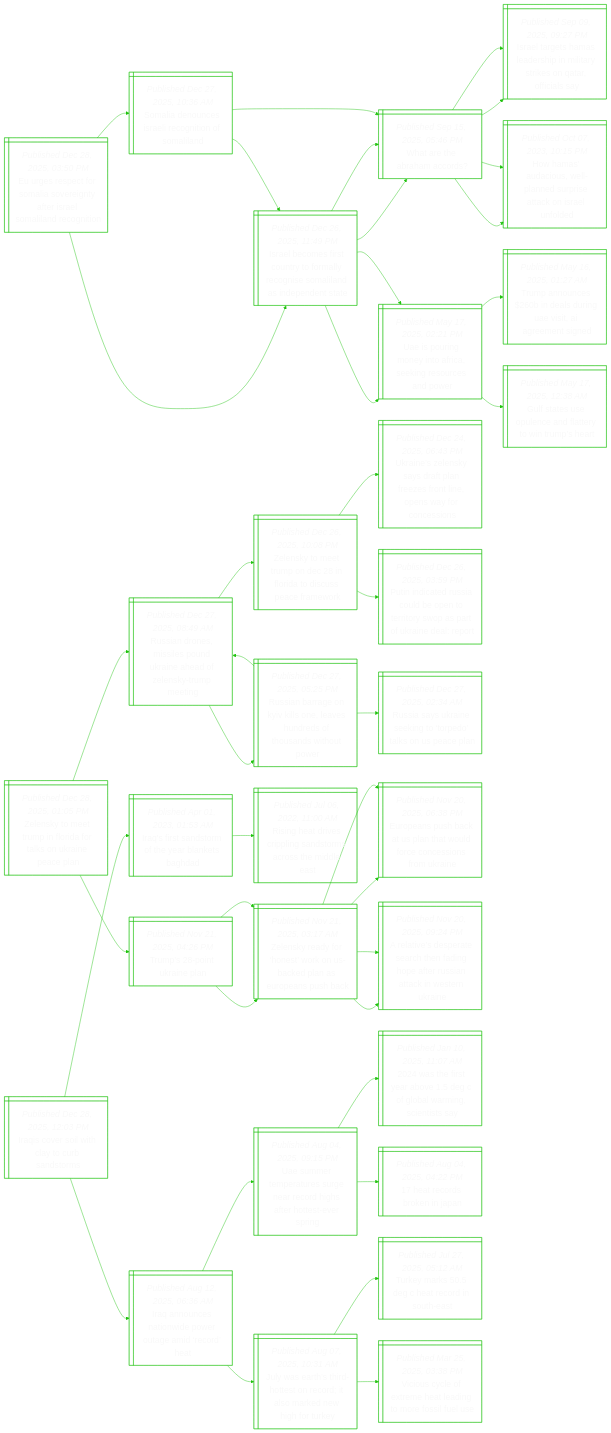
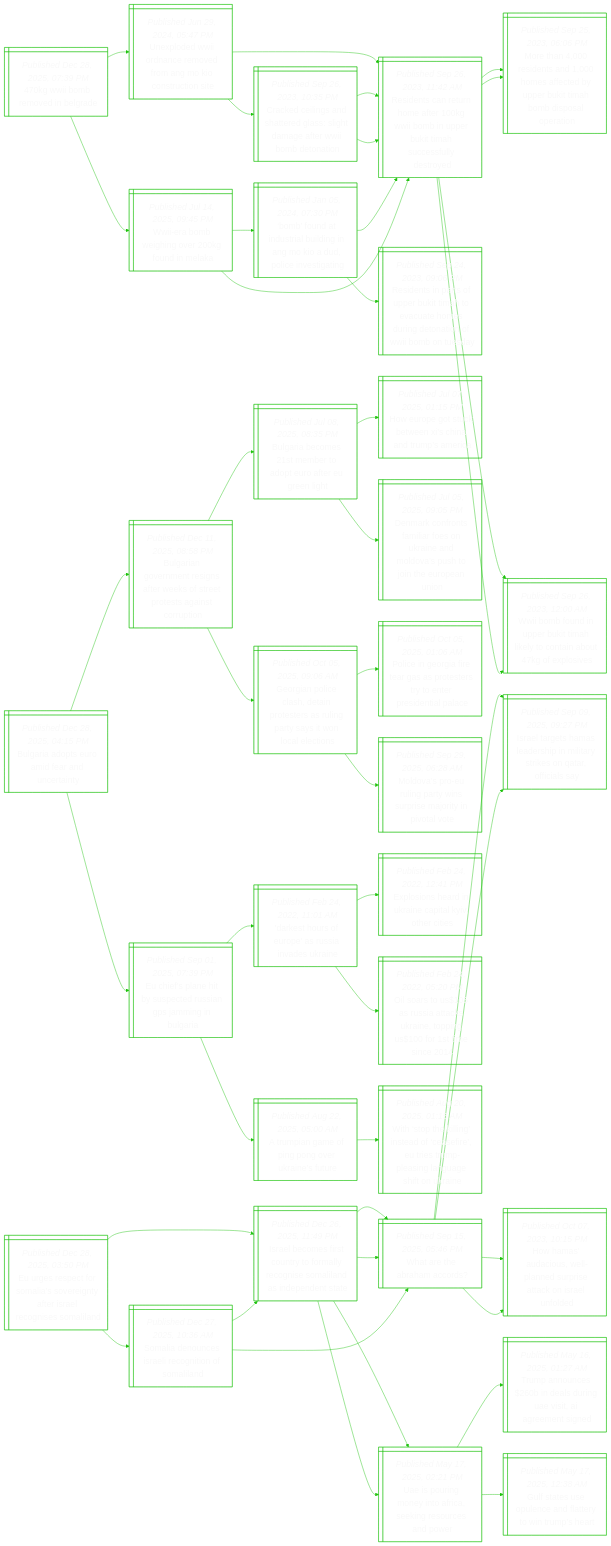
One commit to notJmes/notJmes changed the diagram in README.md. Above: the diagram before and after it, drawn with Mermaid. The commit also changed other lines of this file, not shown here.

````diff
--- a/README.md
+++ b/README.md
@@ -16,8 +16,97 @@
 flowchart LR
 classDef txtsize font-size:20px;
 
-EepoaoiaIlldgo@{ shape: win-pane, label: "_Published Dec 28, 2025, 03:50 PM_
-Eu urges respect for somalia sovereignty after israel somaliland recognition" }
+kIreed@{ shape: win-pane, label: "_Published Dec 28, 2025, 07:39 PM_
+470kg wwii bomb removed in belgrade" }
+UlWrcorgotit@{ shape: win-pane, label: "_Published Jun 29, 2024, 05:47 PM_
+Unexploded wwii ordnance removed from ang mo kio construction site" }
+ReaumeWmpuiusyr@{ shape: win-pane, label: "_Published Sep 26, 2023, 11:42 AM_
+Residents can return home after 100kg wwii bomb in upper bukit timah successfully destroyed" }
+MhsthatUBTbiarn@{ shape: win-pane, label: "_Published Sep 25, 2023, 06:06 PM_
+More than 4,000 residents and 1,000 homes affected by upper bukit timah bomb disposal operation" }
+WouUBTlynakxi@{ shape: win-pane, label: "_Published Sep 26, 2023, 12:00 AM_
+Wwii bomb found in upper bukit timah likely to contain about 47kg of explosives" }
+CelaaesgmfWmoo@{ shape: win-pane, label: "_Published Sep 26, 2023, 10:35 PM_
+Cracked ceilings and shattered glass: slight damage after wwii bomb detonation" }
+ReaumeWmpuiusyr@{ shape: win-pane, label: "_Published Sep 26, 2023, 11:42 AM_
+Residents can return home after 100kg wwii bomb in upper bukit timah successfully destroyed" }
+ReaumeWmpuiusyr@{ shape: win-pane, label: "_Published Sep 26, 2023, 11:42 AM_
+Residents can return home after 100kg wwii bomb in upper bukit timah successfully destroyed" }
+Wrbhvfia@{ shape: win-pane, label: "_Published Jul 14, 2025, 09:45 PM_
+Wwii-era bomb weighing over 200kg found in melaka" }
+Botsldnodlnin@{ shape: win-pane, label: "_Published Jan 05, 2024, 07:30 PM_
+‘bomb’ found at industrial building in ang mo kio a dud, police investigating" }
+Renspkmeamretfbnd@{ shape: win-pane, label: "_Published Sep 24, 2023, 09:06 PM_
+Residents in parts of upper bukit timah to evacuate homes during detonation of wwii bomb on tuesday" }
+ReaumeWmpuiusyr@{ shape: win-pane, label: "_Published Sep 26, 2023, 11:42 AM_
+Residents can return home after 100kg wwii bomb in upper bukit timah successfully destroyed" }
+ReaumeWmpuiusyr@{ shape: win-pane, label: "_Published Sep 26, 2023, 11:42 AM_
+Residents can return home after 100kg wwii bomb in upper bukit timah successfully destroyed" }
+MhsthatUBTbiarn@{ shape: win-pane, label: "_Published Sep 25, 2023, 06:06 PM_
+More than 4,000 residents and 1,000 homes affected by upper bukit timah bomb disposal operation" }
+WouUBTlynakxi@{ shape: win-pane, label: "_Published Sep 26, 2023, 12:00 AM_
+Wwii bomb found in upper bukit timah likely to contain about 47kg of explosives" }
+
+kIreed:::txtsize --> UlWrcorgotit:::txtsize
+UlWrcorgotit:::txtsize --> ReaumeWmpuiusyr:::txtsize
+ReaumeWmpuiusyr:::txtsize --> MhsthatUBTbiarn:::txtsize
+ReaumeWmpuiusyr:::txtsize --> WouUBTlynakxi:::txtsize
+UlWrcorgotit:::txtsize --> CelaaesgmfWmoo:::txtsize
+CelaaesgmfWmoo:::txtsize --> ReaumeWmpuiusyr:::txtsize
+CelaaesgmfWmoo:::txtsize --> ReaumeWmpuiusyr:::txtsize
+kIreed:::txtsize --> Wrbhvfia:::txtsize
+Wrbhvfia:::txtsize --> Botsldnodlnin:::txtsize
+Botsldnodlnin:::txtsize --> Renspkmeamretfbnd:::txtsize
+Botsldnodlnin:::txtsize --> ReaumeWmpuiusyr:::txtsize
+Wrbhvfia:::txtsize --> ReaumeWmpuiusyr:::txtsize
+ReaumeWmpuiusyr:::txtsize --> MhsthatUBTbiarn:::txtsize
+ReaumeWmpuiusyr:::txtsize --> WouUBTlynakxi:::txtsize
+
+Brouirna@{ shape: win-pane, label: "_Published Dec 28, 2025, 04:15 PM_
+Bulgaria adopts euro amid fear and uncertainty" }
+Bromesrsrrtiot@{ shape: win-pane, label: "_Published Dec 11, 2025, 08:58 PM_
+Bulgarian government resigns after weeks of street protests against corruption" }
+BrcsbaefUnt@{ shape: win-pane, label: "_Published Jul 08, 2025, 08:35 PM_
+Bulgaria becomes 21st member to adopt euro after eu green light" }
+HrocwinTsi@{ shape: win-pane, label: "_Published Jul 07, 2025, 01:15 PM_
+How europe got stuck between xi’s china and trump’s america" }
+DrfsloUnMvsoepn@{ shape: win-pane, label: "_Published Jul 05, 2025, 09:05 PM_
+Denmark confronts familiar foes on ukraine and moldova’s push to join the european union" }
+Gillepsairyoacs@{ shape: win-pane, label: "_Published Oct 05, 2025, 09:06 AM_
+Georgian police clash, detain protesters as ruling party says it won local elections" }
+Peofesoeytenpe@{ shape: win-pane, label: "_Published Oct 05, 2025, 01:06 AM_
+Police in georgia fire tear gas as protesters try to enter presidential palace" }
+Mvolairerntt@{ shape: win-pane, label: "_Published Sep 29, 2025, 06:28 AM_
+Moldova’s pro-eu ruling party wins surprise majority in pivotal vote" }
+EeatsesPmna@{ shape: win-pane, label: "_Published Sep 01, 2025, 07:39 PM_
+Eu chief’s plane hit by suspected russian gps jamming in bulgaria" }
+DsruasvUn@{ shape: win-pane, label: "_Published Feb 24, 2022, 11:01 AM_
+'darkest hours of europe' as russia invades ukraine" }
+Eshiaalocs@{ shape: win-pane, label: "_Published Feb 24, 2022, 12:41 PM_
+Explosions heard in ukraine capital kyiv, other cities" }
+OaUuakaogrmc@{ shape: win-pane, label: "_Published Feb 24, 2022, 05:20 PM_
+Oil soars to us$105 as russia attacks ukraine, topping us$100 for 1st time since 2014" }
+Apapoeafe@{ shape: win-pane, label: "_Published Aug 22, 2025, 05:00 AM_
+A trumpian game of ping pong over ukraine’s future" }
+Wteisoseiueguhni@{ shape: win-pane, label: "_Published Aug 20, 2025, 01:15 AM_
+With ‘stop the killing’ instead of ‘ceasefire’, eu tries trump-pleasing language shift on ukraine" }
+
+Brouirna:::txtsize --> Bromesrsrrtiot:::txtsize
+Bromesrsrrtiot:::txtsize --> BrcsbaefUnt:::txtsize
+BrcsbaefUnt:::txtsize --> HrocwinTsi:::txtsize
+BrcsbaefUnt:::txtsize --> DrfsloUnMvsoepn:::txtsize
+Bromesrsrrtiot:::txtsize --> Gillepsairyoacs:::txtsize
+Gillepsairyoacs:::txtsize --> Peofesoeytenpe:::txtsize
+Gillepsairyoacs:::txtsize --> Mvolairerntt:::txtsize
+Brouirna:::txtsize --> EeatsesPmna:::txtsize
+EeatsesPmna:::txtsize --> DsruasvUn:::txtsize
+DsruasvUn:::txtsize --> Eshiaalocs:::txtsize
+DsruasvUn:::txtsize --> OaUuakaogrmc:::txtsize
+EeatsesPmna:::txtsize --> Apapoeafe:::txtsize
+Apapoeafe:::txtsize --> Wteisoseiueguhni:::txtsize
+
+Eepoaseyreoean@{ shape: win-pane, label: "_Published Dec 28, 2025, 03:50 PM_
+Eu urges respect for somalia’s sovereignty after israel recognises somaliland" }
 Ilmrutmrnolspnt@{ shape: win-pane, label: "_Published Dec 26, 2025, 11:49 PM_
 Israel becomes first country to formally recognise somaliland as independent state" }
 WrAao@{ shape: win-pane, label: "_Published Sep 15, 2025, 05:46 PM_
@@ -47,14 +136,14 @@
 Hmdulnrecsud@{ shape: win-pane, label: "_Published Oct 07, 2023, 10:15 PM_
 How hamas’ audacious, well-planned surprise attack on israel unfolded" }
 
-EepoaoiaIlldgo:::txtsize --> Ilmrutmrnolspnt:::txtsize
+Eepoaseyreoean:::txtsize --> Ilmrutmrnolspnt:::txtsize
 Ilmrutmrnolspnt:::txtsize --> WrAao:::txtsize
 WrAao:::txtsize --> Ilemahmaroais:::txtsize
 WrAao:::txtsize --> Hmdulnrecsud:::txtsize
 Ilmrutmrnolspnt:::txtsize --> Upneockecdr:::txtsize
 Upneockecdr:::txtsize --> TaniliEtrnn:::txtsize
 Upneockecdr:::txtsize --> Gtuuelrima:::txtsize
-EepoaoiaIlldgo:::txtsize --> Siosectfld:::txtsize
+Eepoaseyreoean:::txtsize --> Siosectfld:::txtsize
 Siosectfld:::txtsize --> Ilmrutmrnolspnt:::txtsize
 Ilmrutmrnolspnt:::txtsize --> WrAao:::txtsize
 Ilmrutmrnolspnt:::txtsize --> Upneockecdr:::txtsize
@@ -62,81 +151,4 @@
 WrAao:::txtsize --> Ilemahmaroais:::txtsize
 WrAao:::txtsize --> Hmdulnrecsud:::txtsize
 
-Zsmrnirsrpp@{ shape: win-pane, label: "_Published Dec 28, 2025, 01:05 PM_
-Zelensky to meet trump in florida for talks on ukraine peace plan" }
-RanssdieZsue@{ shape: win-pane, label: "_Published Dec 27, 2025, 08:49 AM_
-Russian drones, missiles pound ukraine ahead of zelensky-trump meeting" }
-Zsmrnnidscmk@{ shape: win-pane, label: "_Published Dec 26, 2025, 10:08 PM_
-Zelensky to meet trump on dec 28 in florida to discuss peace framework" }
-Unlydprstowren@{ shape: win-pane, label: "_Published Dec 24, 2025, 06:43 PM_
-Ukraine’s zelensky says draft plan freezes front line, opens way for concessions" }
-PiaucbnrrprkeRt@{ shape: win-pane, label: "_Published Dec 26, 2025, 03:59 PM_
-Putin indicated russia could be open to territory swop as part of ukraine deal: report" }
-Rarnkoaudhntp@{ shape: win-pane, label: "_Published Dec 27, 2025, 05:25 PM_
-Russian barrage on kyiv kills one, leaves hundreds of thousands without power" }
-RaUnkoelUcn@{ shape: win-pane, label: "_Published Dec 27, 2025, 02:34 AM_
-Russia says ukraine seeking to ‘torpedo’ talks on us peace plan" }
-RanssdieZsue@{ shape: win-pane, label: "_Published Dec 27, 2025, 08:49 AM_
-Russian drones, missiles pound ukraine ahead of zelensky-trump meeting" }
-Tstia@{ shape: win-pane, label: "_Published Nov 21, 2025, 04:26 PM_
-Trump’s 28-point ukraine plan" }
-Zsarskbdaosb@{ shape: win-pane, label: "_Published Nov 21, 2025, 03:17 AM_
-Zelensky ready for ‘honest’ work on us-backed plan as europeans push back" }
-EeucStooosfke@{ shape: win-pane, label: "_Published Nov 20, 2025, 06:38 PM_
-Europeans push back at us plan that would force concessions from ukraine" }
-Atdretahfunceni@{ shape: win-pane, label: "_Published Nov 20, 2025, 09:24 PM_
-A relative’s desperate search then fading hope after russian attack in western ukraine" }
-Zsarskbdaosb@{ shape: win-pane, label: "_Published Nov 21, 2025, 03:17 AM_
-Zelensky ready for ‘honest’ work on us-backed plan as europeans push back" }
-EeucStooosfke@{ shape: win-pane, label: "_Published Nov 20, 2025, 06:38 PM_
-Europeans push back at us plan that would force concessions from ukraine" }
-Atdretahfunceni@{ shape: win-pane, label: "_Published Nov 20, 2025, 09:24 PM_
-A relative’s desperate search then fading hope after russian attack in western ukraine" }
-
-Zsmrnirsrpp:::txtsize --> RanssdieZsue:::txtsize
-RanssdieZsue:::txtsize --> Zsmrnnidscmk:::txtsize
-Zsmrnnidscmk:::txtsize --> Unlydprstowren:::txtsize
-Zsmrnnidscmk:::txtsize --> PiaucbnrrprkeRt:::txtsize
-RanssdieZsue:::txtsize --> Rarnkoaudhntp:::txtsize
-Rarnkoaudhntp:::txtsize --> RaUnkoelUcn:::txtsize
-Rarnkoaudhntp:::txtsize --> RanssdieZsue:::txtsize
-Zsmrnirsrpp:::txtsize --> Tstia:::txtsize
-Tstia:::txtsize --> Zsarskbdaosb:::txtsize
-Zsarskbdaosb:::txtsize --> EeucStooosfke:::txtsize
-Zsarskbdaosb:::txtsize --> Atdretahfunceni:::txtsize
-Tstia:::txtsize --> Zsarskbdaosb:::txtsize
-Zsarskbdaosb:::txtsize --> EeucStooosfke:::txtsize
-Zsarskbdaosb:::txtsize --> Atdretahfunceni:::txtsize
-
-Isrwlcao@{ shape: win-pane, label: "_Published Dec 28, 2025, 12:03 PM_
-Iraqis cover soil with clay to curb sandstorms" }
-Ifstfeasd@{ shape: win-pane, label: "_Published Apr 01, 2023, 01:53 AM_
-Iraq's first sandstorm of the year blankets baghdad" }
-RgdspstasiE@{ shape: win-pane, label: "_Published Jul 06, 2022, 11:00 AM_
-Rising heat drives crippling sandstorms across the middle east" }
-Inctiwtmce@{ shape: win-pane, label: "_Published Aug 12, 2025, 06:36 AM_
-Iraq announces nationwide power outage amid ‘record’ heat" }
-Umeaserdsreei@{ shape: win-pane, label: "_Published Aug 04, 2025, 09:15 PM_
-Uae summer temperatures surge near record highs after hottest-ever spring" }
-wetadfamcia@{ shape: win-pane, label: "_Published Jan 10, 2025, 11:07 AM_
-2024 was the first year above 1.5 deg c of global warming, scientists say" }
-hesea@{ shape: win-pane, label: "_Published Aug 04, 2025, 04:22 PM_
-17 heat records broken in japan" }
-JatitooaangTy@{ shape: win-pane, label: "_Published Aug 07, 2025, 10:31 AM_
-July was earth’s third-hottest on record; it also marked new high for turkey" }
-Tysheitt@{ shape: win-pane, label: "_Published Jul 27, 2025, 05:12 AM_
-Turkey marks 50.5 deg c heat record in south-east" }
-Vulxelnosue@{ shape: win-pane, label: "_Published Mar 25, 2025, 03:38 PM_
-Vicious cycle of extreme heat leading to more fossil fuel use" }
-
-Isrwlcao:::txtsize --> Ifstfeasd:::txtsize
-Ifstfeasd:::txtsize --> RgdspstasiE:::txtsize
-Isrwlcao:::txtsize --> Inctiwtmce:::txtsize
-Inctiwtmce:::txtsize --> Umeaserdsreei:::txtsize
-Umeaserdsreei:::txtsize --> wetadfamcia:::txtsize
-Umeaserdsreei:::txtsize --> hesea:::txtsize
-Inctiwtmce:::txtsize --> JatitooaangTy:::txtsize
-JatitooaangTy:::txtsize --> Tysheitt:::txtsize
-JatitooaangTy:::txtsize --> Vulxelnosue:::txtsize
-
 ```
````
